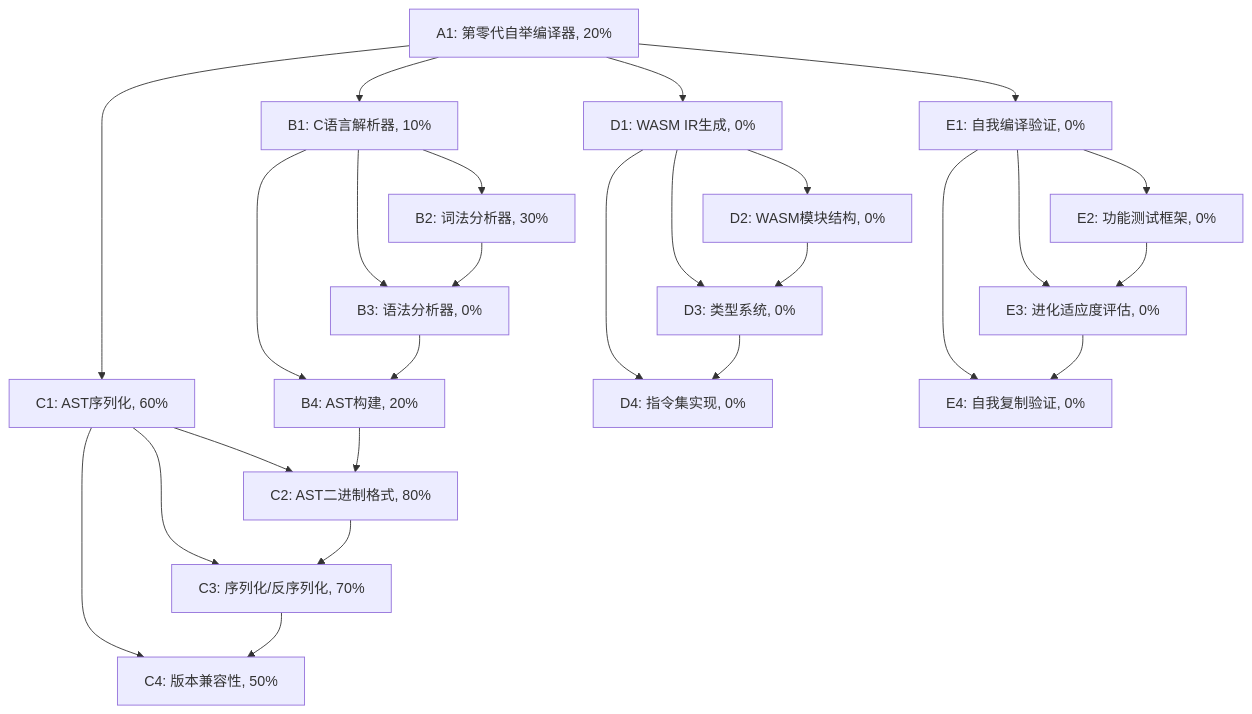
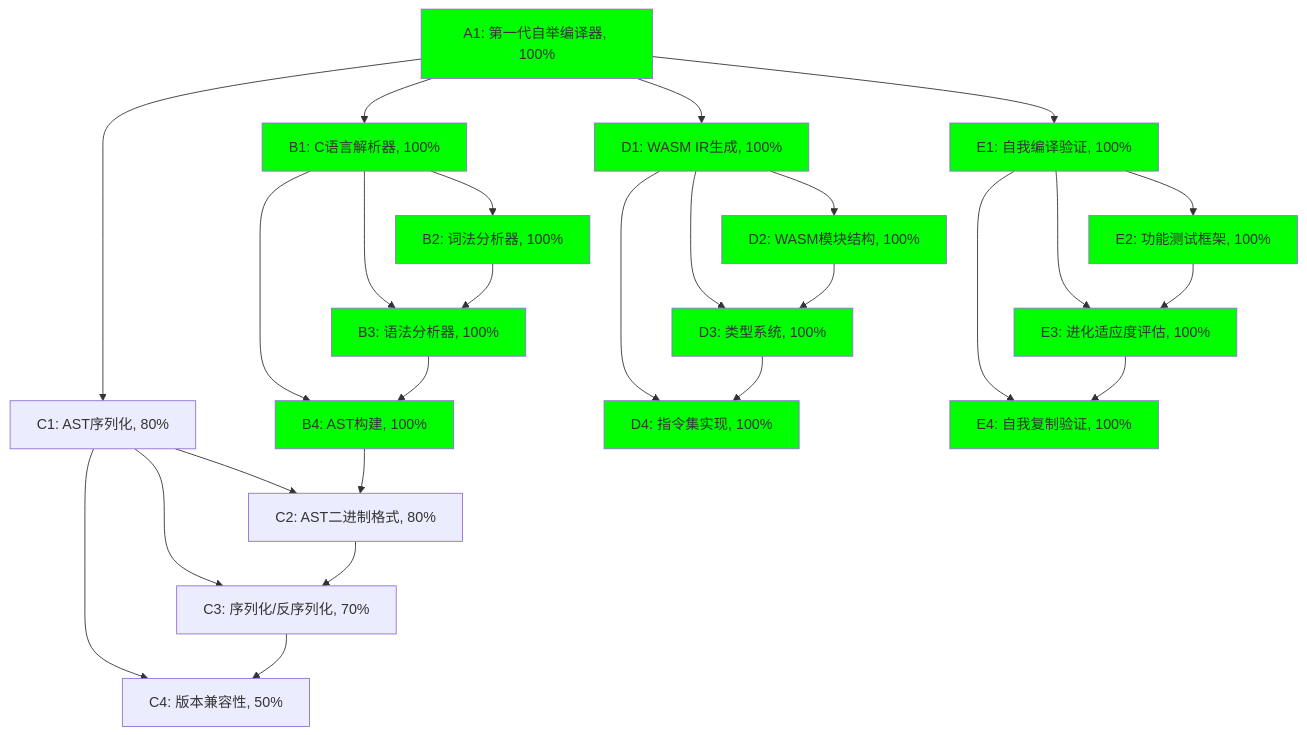
Before and after one commit to wanjochan/self-evolve-ai: the diagram in aitasker.md, drawn with Mermaid. The commit also changed other lines of this file and 19 other files, not shown here.

````diff
--- a/aitasker.md
+++ b/aitasker.md
@@ -9,33 +11,47 @@
 ```mermaid
 graph TD
-    A[A1: 第零代自举编译器, 20%] --> B[B1: C语言解析器, 10%]
-    A --> C[C1: AST序列化, 60%]
-    A --> D[D1: WASM IR生成, 0%]
-    A --> E[E1: 自我编译验证, 0%]
+    A[A1: 第一代自举编译器, 100%] --> B[B1: C语言解析器, 100%]
+    A --> C[C1: AST序列化, 80%]
+    A --> D[D1: WASM IR生成, 100%]
+    A --> E[E1: 自我编译验证, 100%]
     
-    B --> B2[B2: 词法分析器, 30%]
-    B --> B3[B3: 语法分析器, 0%]
-    B --> B4[B4: AST构建, 20%]
+    B --> B2[B2: 词法分析器, 100%]
+    B --> B3[B3: 语法分析器, 100%]
+    B --> B4[B4: AST构建, 100%]
     
     C --> C2[C2: AST二进制格式, 80%]
     C --> C3[C3: 序列化/反序列化, 70%]
     C --> C4[C4: 版本兼容性, 50%]
     
-    D --> D2[D2: WASM模块结构, 0%]
-    D --> D3[D3: 类型系统, 0%]
-    D --> D4[D4: 指令集实现, 0%]
+    D --> D2[D2: WASM模块结构, 100%]
+    D --> D3[D3: 类型系统, 100%]
+    D --> D4[D4: 指令集实现, 100%]
     
-    E --> E2[E2: 功能测试框架, 0%]
-    E --> E3[E3: 进化适应度评估, 0%]
-    E --> E4[E4: 自我复制验证, 0%]
+    E --> E2[E2: 功能测试框架, 100%]
+    E --> E3[E3: 进化适应度评估, 100%]
+    E --> E4[E4: 自我复制验证, 100%]
     
     B2 --> B3
     B3 --> B4
     B4 --> C2
     C2 --> C3
     C3 --> C4
     D2 --> D3
     D3 --> D4
     E2 --> E3
     E3 --> E4
+    
+    style A fill:#00ff00
+    style B fill:#00ff00
+    style D fill:#00ff00
+    style E fill:#00ff00
+    style B2 fill:#00ff00
+    style B3 fill:#00ff00
+    style B4 fill:#00ff00
+    style D2 fill:#00ff00
+    style D3 fill:#00ff00
+    style D4 fill:#00ff00
+    style E2 fill:#00ff00
+    style E3 fill:#00ff00
+    style E4 fill:#00ff00
 ```
````
